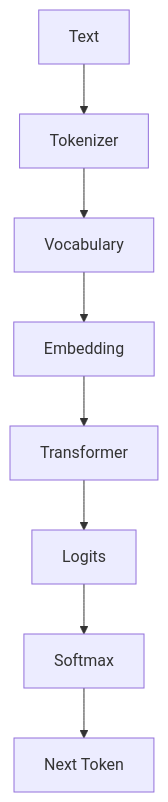
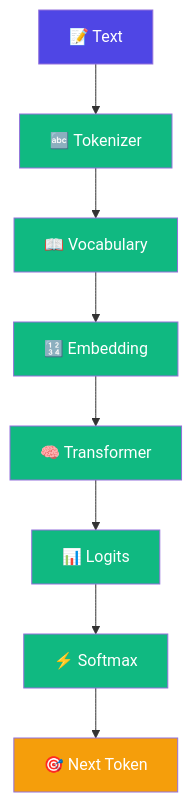
One commit to bhNibir/build-own-llm changed the second of 2 diagrams in content/docs/part-01-tokenizer/01-llm-kivabe-kaj-kore.mdx. Above: the diagram before and after it, drawn with Mermaid. The commit also changed other lines of this file and 97 other files, not shown here.

````diff
--- a/content/docs/part-01-tokenizer/01-llm-kivabe-kaj-kore.mdx
+++ b/content/docs/part-01-tokenizer/01-llm-kivabe-kaj-kore.mdx
@@ -54,10 +61,13 @@
 ```mermaid
 flowchart TD
-    text[Text] --> tokenizer[Tokenizer]
-    tokenizer --> vocab[Vocabulary]
-    vocab --> embedding[Embedding]
-    embedding --> transformer[Transformer]
-    transformer --> logits[Logits]
-    logits --> softmax[Softmax]
-    softmax --> nextToken[Next Token]
+    text["📝 Text"]:::a --> tokenizer["🔤 Tokenizer"]:::b
+    tokenizer --> vocab["📖 Vocabulary"]:::b
+    vocab --> embedding["🔢 Embedding"]:::b
+    embedding --> transformer["🧠 Transformer"]:::b
+    transformer --> logits["📊 Logits"]:::b
+    logits --> softmax["⚡ Softmax"]:::b
+    softmax --> nextToken["🎯 Next Token"]:::c
+    classDef a fill:#4F46E5,color:#fff
+    classDef b fill:#10B981,color:#fff
+    classDef c fill:#F59E0B,color:#fff
 ```
````
